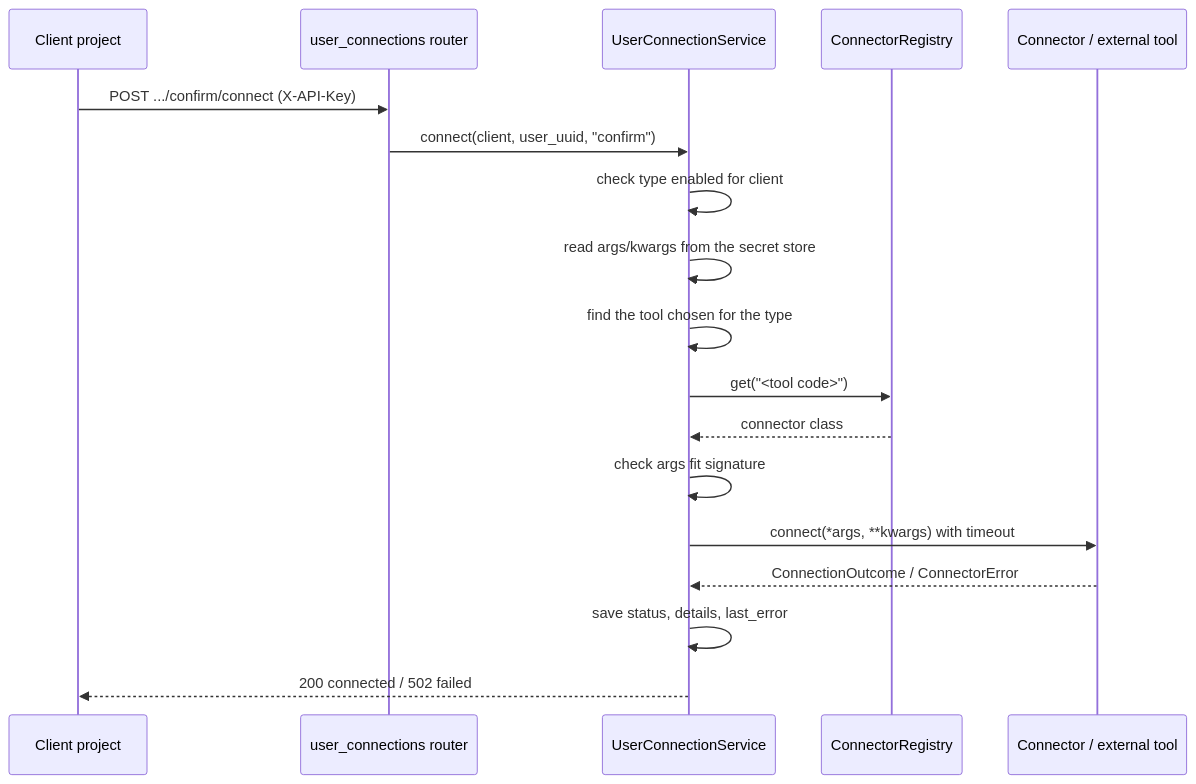
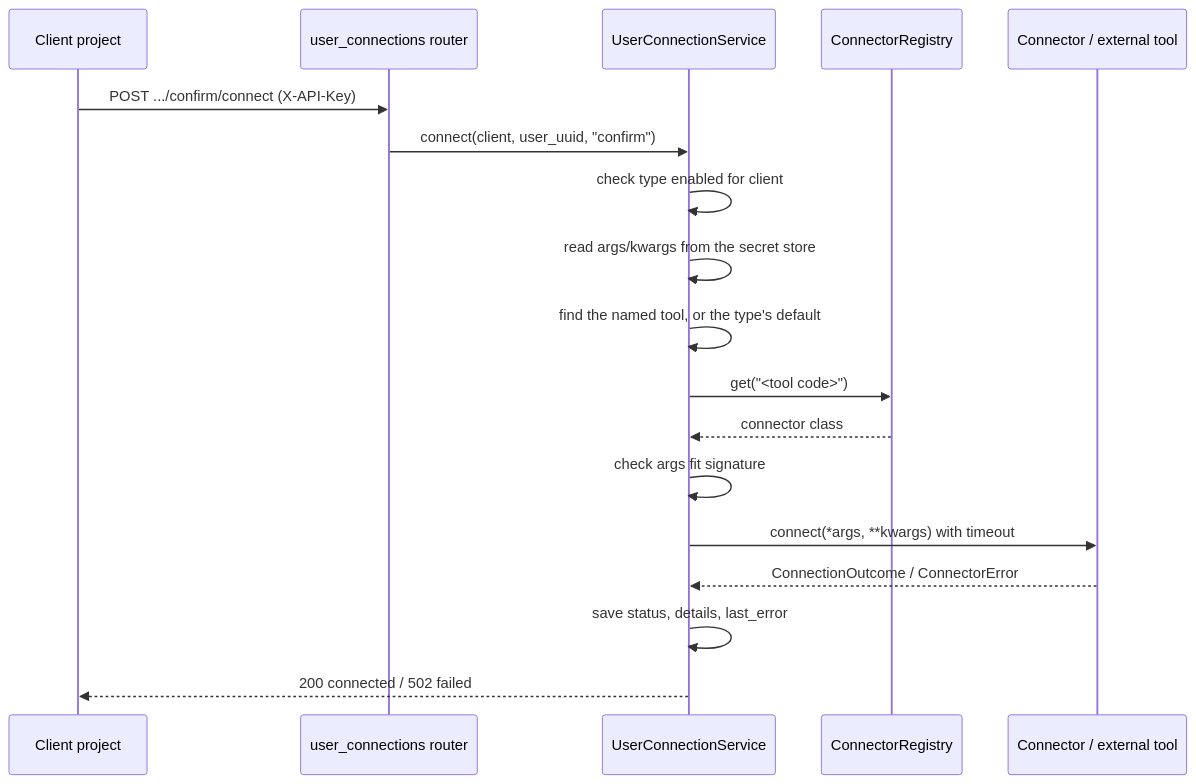
Before and after one commit to Manilvc/everycred-integration-service: the second of 2 diagrams in docs/features/user_connections.md, drawn with Mermaid. The commit also changed other lines of this file and 8 other files, not shown here.

First line of the commit message:
Connect users per tool instead of per integration type

````diff
--- a/docs/features/user_connections.md
+++ b/docs/features/user_connections.md
@@ -250,20 +270,20 @@
 ```mermaid
 sequenceDiagram
     participant Client as Client project
     participant API as user_connections router
     participant Service as UserConnectionService
     participant Registry as ConnectorRegistry
     participant Tool as Connector / external tool
     Client->>API: POST .../confirm/connect (X-API-Key)
     API->>Service: connect(client, user_uuid, "confirm")
     Service->>Service: check type enabled for client
     Service->>Service: read args/kwargs from the secret store
-    Service->>Service: find the tool chosen for the type
+    Service->>Service: find the named tool, or the type's default
     Service->>Registry: get("<tool code>")
     Registry-->>Service: connector class
     Service->>Service: check args fit signature
     Service->>Tool: connect(*args, **kwargs) with timeout
     Tool-->>Service: ConnectionOutcome / ConnectorError
     Service->>Service: save status, details, last_error
     Service-->>Client: 200 connected / 502 failed
 ```
````
